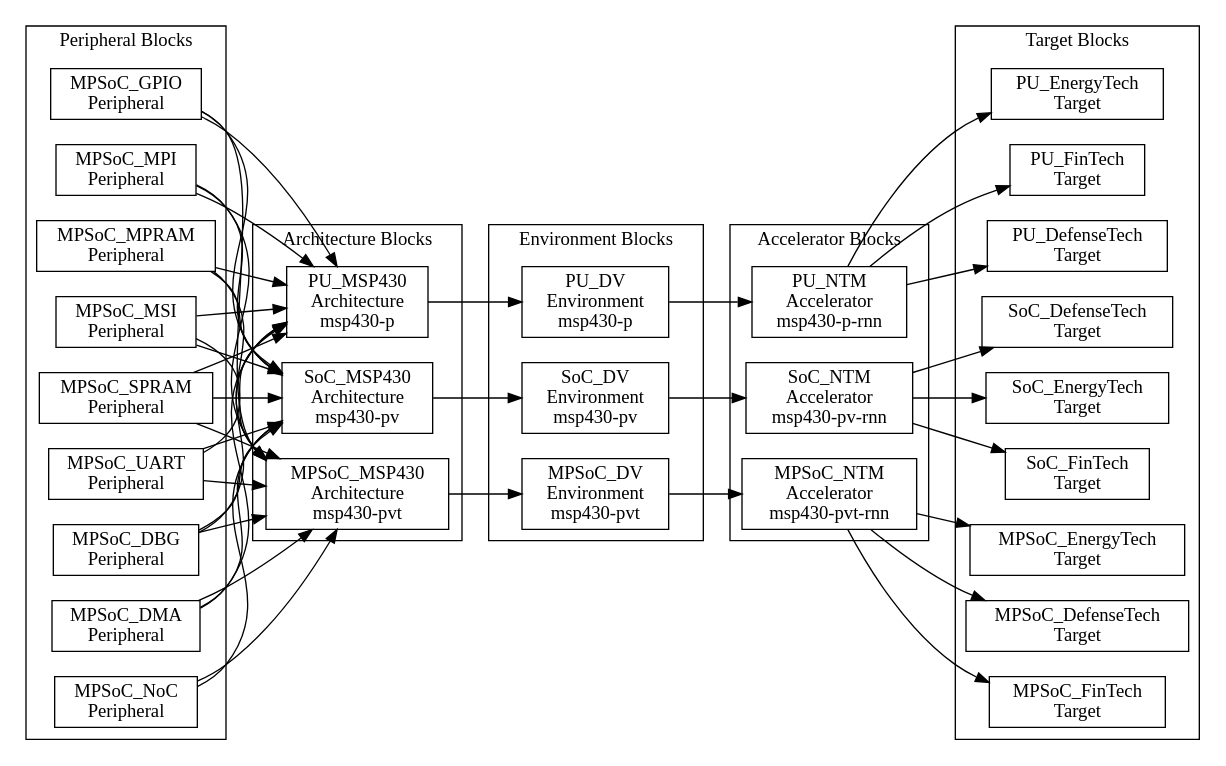
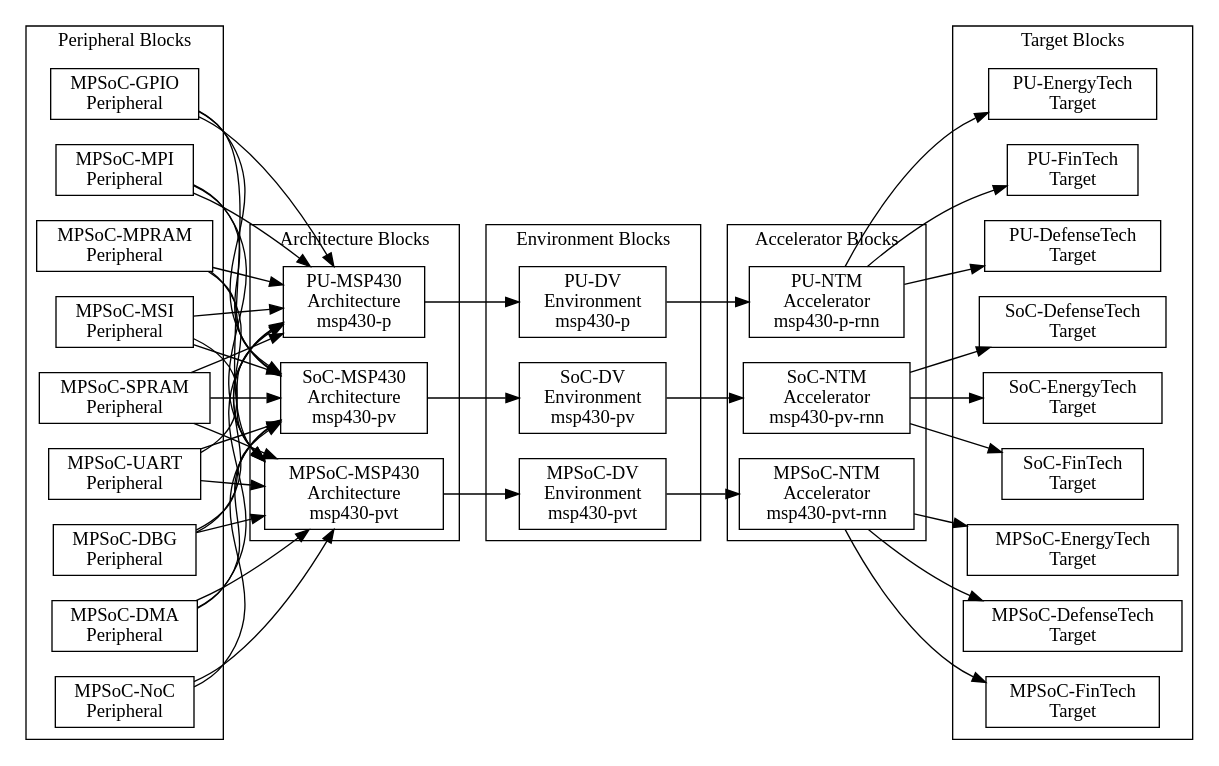
One commit to PacoReinaCampo/MPSoC-NTM changed the diagram in doc/isa/msp430/assets/dependences-global.dot. Above: the diagram before and after it, drawn with Graphviz. The commit also changed 154 other files, not shown here.

Commit message:
Working in MPSoC-NTM 🦀

```diff
--- a/doc/isa/msp430/assets/dependences-global.dot
+++ b/doc/isa/msp430/assets/dependences-global.dot
@@ -1,117 +1,117 @@
 digraph Project {
   // Introduction
   graph [rankdir = LR];
   node[shape=record];
 
   // Peripheral Blocks
   subgraph "cluster PeripheralBlocks" { label = "Peripheral Blocks";
-    MPSoC_DBG[label="MPSoC_DBG\nPeripheral"];
-    MPSoC_DMA[label="MPSoC_DMA\nPeripheral"];
-    MPSoC_GPIO[label="MPSoC_GPIO\nPeripheral"];
-    MPSoC_MPI[label="MPSoC_MPI\nPeripheral"];
-    MPSoC_MPRAM[label="MPSoC_MPRAM\nPeripheral"];
-    MPSoC_MSI[label="MPSoC_MSI\nPeripheral"];
-    MPSoC_NoC[label="MPSoC_NoC\nPeripheral"];
-    MPSoC_SPRAM[label="MPSoC_SPRAM\nPeripheral"];
-    MPSoC_UART[label="MPSoC_UART\nPeripheral"];
+    MPSoC_DBG[label="MPSoC-DBG\nPeripheral"];
+    MPSoC_DMA[label="MPSoC-DMA\nPeripheral"];
+    MPSoC_GPIO[label="MPSoC-GPIO\nPeripheral"];
+    MPSoC_MPI[label="MPSoC-MPI\nPeripheral"];
+    MPSoC_MPRAM[label="MPSoC-MPRAM\nPeripheral"];
+    MPSoC_MSI[label="MPSoC-MSI\nPeripheral"];
+    MPSoC_NoC[label="MPSoC-NoC\nPeripheral"];
+    MPSoC_SPRAM[label="MPSoC-SPRAM\nPeripheral"];
+    MPSoC_UART[label="MPSoC-UART\nPeripheral"];
   }
 
   // Architecture Blocks
   subgraph "cluster ArchitectureBlocks" { label = "Architecture Blocks";
-    MPSoC_MSP430[label="MPSoC_MSP430\nArchitecture\nmsp430-pvt"];
-    SoC_MSP430[label="SoC_MSP430\nArchitecture\nmsp430-pv"];
-    PU_MSP430[label="PU_MSP430\nArchitecture\nmsp430-p"];
+    MPSoC_MSP430[label="MPSoC-MSP430\nArchitecture\nmsp430-pvt"];
+    SoC_MSP430[label="SoC-MSP430\nArchitecture\nmsp430-pv"];
+    PU_MSP430[label="PU-MSP430\nArchitecture\nmsp430-p"];
   }
 
   // Environment Blocks
   subgraph "cluster EnvironmentBlocks" { label = "Environment Blocks";
-    MPSoC_DV[label="MPSoC_DV\nEnvironment\nmsp430-pvt"];
-    SoC_DV[label="SoC_DV\nEnvironment\nmsp430-pv"];
-    PU_DV[label="PU_DV\nEnvironment\nmsp430-p"];
+    MPSoC_DV[label="MPSoC-DV\nEnvironment\nmsp430-pvt"];
+    SoC_DV[label="SoC-DV\nEnvironment\nmsp430-pv"];
+    PU_DV[label="PU-DV\nEnvironment\nmsp430-p"];
   }
 
   // Accelerator Blocks
   subgraph "cluster AcceleratorBlocks" { label = "Accelerator Blocks";
-    MPSoC_NTM[label="MPSoC_NTM\nAccelerator\nmsp430-pvt-rnn"];
-    SoC_NTM[label="SoC_NTM\nAccelerator\nmsp430-pv-rnn"];
-    PU_NTM[label="PU_NTM\nAccelerator\nmsp430-p-rnn"];
+    MPSoC_NTM[label="MPSoC-NTM\nAccelerator\nmsp430-pvt-rnn"];
+    SoC_NTM[label="SoC-NTM\nAccelerator\nmsp430-pv-rnn"];
+    PU_NTM[label="PU-NTM\nAccelerator\nmsp430-p-rnn"];
   }
 
   // Target Blocks
   subgraph "cluster TargetBlocks" { label = "Target Blocks";
-    MPSoC_EnergyTech[label="MPSoC_EnergyTech\nTarget"];
-    SoC_EnergyTech[label="SoC_EnergyTech\nTarget"];
-    PU_EnergyTech[label="PU_EnergyTech\nTarget"];
+    MPSoC_EnergyTech[label="MPSoC-EnergyTech\nTarget"];
+    SoC_EnergyTech[label="SoC-EnergyTech\nTarget"];
+    PU_EnergyTech[label="PU-EnergyTech\nTarget"];
 
-    MPSoC_FinTech[label="MPSoC_FinTech\nTarget"];
-    SoC_FinTech[label="SoC_FinTech\nTarget"];
-    PU_FinTech[label="PU_FinTech\nTarget"];
+    MPSoC_FinTech[label="MPSoC-FinTech\nTarget"];
+    SoC_FinTech[label="SoC-FinTech\nTarget"];
+    PU_FinTech[label="PU-FinTech\nTarget"];
 
-    MPSoC_DefenseTech[label="MPSoC_DefenseTech\nTarget"];
-    SoC_DefenseTech[label="SoC_DefenseTech\nTarget"];
-    PU_DefenseTech[label="PU_DefenseTech\nTarget"];
+    MPSoC_DefenseTech[label="MPSoC-DefenseTech\nTarget"];
+    SoC_DefenseTech[label="SoC-DefenseTech\nTarget"];
+    PU_DefenseTech[label="PU-DefenseTech\nTarget"];
   }
 
   // Peripheral -> Architecture
   MPSoC_DBG -> MPSoC_MSP430;
   MPSoC_DMA -> MPSoC_MSP430;
   MPSoC_GPIO -> MPSoC_MSP430;
   MPSoC_MPI -> MPSoC_MSP430;
   MPSoC_MPRAM -> MPSoC_MSP430;
   MPSoC_MSI -> MPSoC_MSP430;
   MPSoC_NoC -> MPSoC_MSP430;
   MPSoC_SPRAM -> MPSoC_MSP430;
   MPSoC_UART -> MPSoC_MSP430;
 
   MPSoC_DBG -> SoC_MSP430;
   MPSoC_DMA -> SoC_MSP430;
   MPSoC_GPIO -> SoC_MSP430;
   MPSoC_MPI -> SoC_MSP430;
   MPSoC_MPRAM -> SoC_MSP430;
   MPSoC_MSI -> SoC_MSP430;
   MPSoC_NoC -> SoC_MSP430;
   MPSoC_SPRAM -> SoC_MSP430;
   MPSoC_UART -> SoC_MSP430;
 
   MPSoC_DBG -> PU_MSP430;
   MPSoC_DMA -> PU_MSP430;
   MPSoC_GPIO -> PU_MSP430;
   MPSoC_MPI -> PU_MSP430;
   MPSoC_MPRAM -> PU_MSP430;
   MPSoC_MSI -> PU_MSP430;
   MPSoC_SPRAM -> PU_MSP430;
   MPSoC_UART -> PU_MSP430;
 
   // Architecture -> Environment
   PU_MSP430 -> PU_DV;
 
   SoC_MSP430 -> SoC_DV;
 
   MPSoC_MSP430 -> MPSoC_DV;
 
   // Environment -> Accelerator
   PU_DV -> PU_NTM;
 
   SoC_DV -> SoC_NTM;
 
   MPSoC_DV -> MPSoC_NTM;
 
   // Accelerator -> Target
   PU_NTM -> PU_EnergyTech;
 
   SoC_NTM -> SoC_EnergyTech;
 
   MPSoC_NTM -> MPSoC_EnergyTech;
 
   PU_NTM -> PU_FinTech;
 
   SoC_NTM -> SoC_FinTech;
 
   MPSoC_NTM -> MPSoC_FinTech;
 
   PU_NTM -> PU_DefenseTech;
 
   SoC_NTM -> SoC_DefenseTech;
 
   MPSoC_NTM -> MPSoC_DefenseTech;
 }
```
